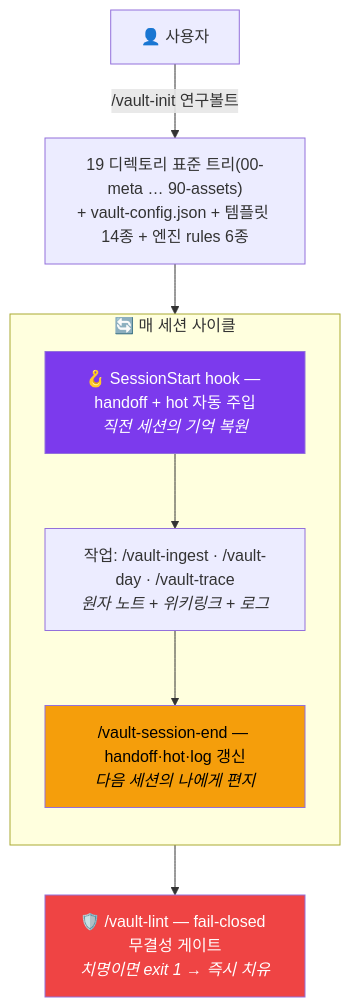
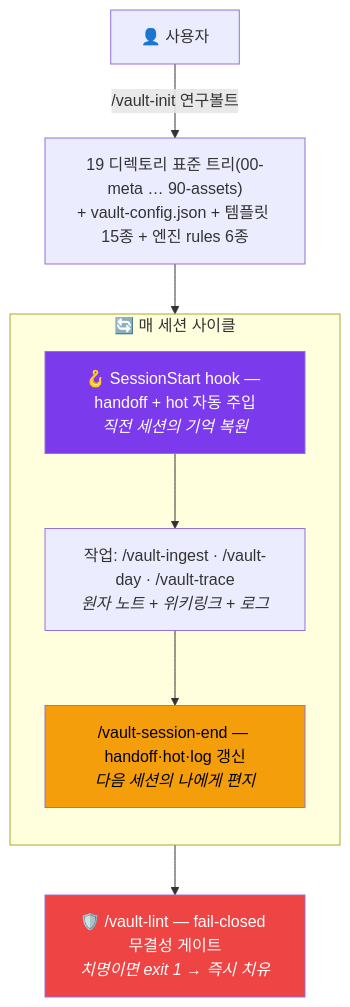
One commit to Technoetic/agentic-vault changed the first of 5 diagrams in README.md. Above: the diagram before and after it, drawn with Mermaid. The commit also changed other lines of this file and 30 other files, not shown here.

````diff
--- a/README.md
+++ b/README.md
@@ -41,17 +41,17 @@
 ```mermaid
 flowchart TB
-    U["👤 사용자"] -- "/vault-init 연구볼트" --> T["19 디렉토리 표준 트리(00-meta … 90-assets)<br/>+ vault-config.json + 템플릿 14종 + 엔진 rules 6종"]
+    U["👤 사용자"] -- "/vault-init 연구볼트" --> T["19 디렉토리 표준 트리(00-meta … 90-assets)<br/>+ vault-config.json + 템플릿 15종 + 엔진 rules 6종"]
     subgraph CYCLE["🔄 매 세션 사이클"]
         direction TB
         H["🪝 SessionStart hook — handoff + hot 자동 주입<br/><i>직전 세션의 기억 복원</i>"]
         W["작업: /vault-ingest · /vault-day · /vault-trace<br/><i>원자 노트 + 위키링크 + 로그</i>"]
         E["/vault-session-end — handoff·hot·log 갱신<br/><i>다음 세션의 나에게 편지</i>"]
         H --> W --> E
     end
     T --> CYCLE
     CYCLE --> L["🛡️ /vault-lint — fail-closed 무결성 게이트<br/><i>치명이면 exit 1 → 즉시 치유</i>"]
 
     style H fill:#7C3AED,color:#fff
     style E fill:#F59E0B,color:#000
     style L fill:#EF4444,color:#fff
 ```
````
